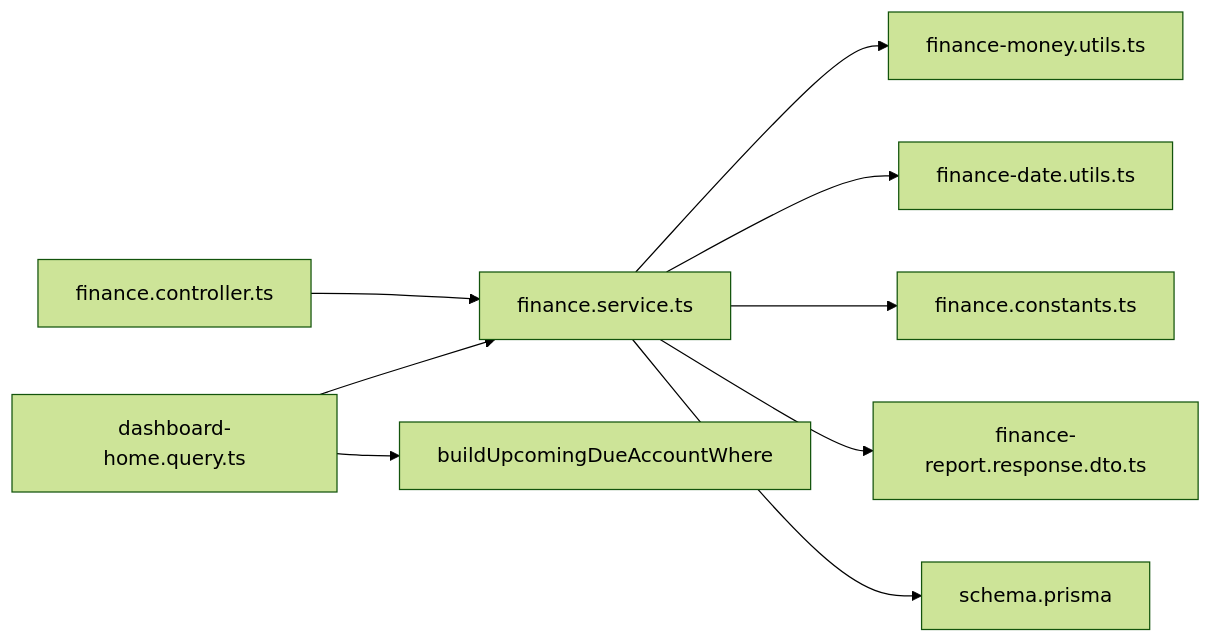
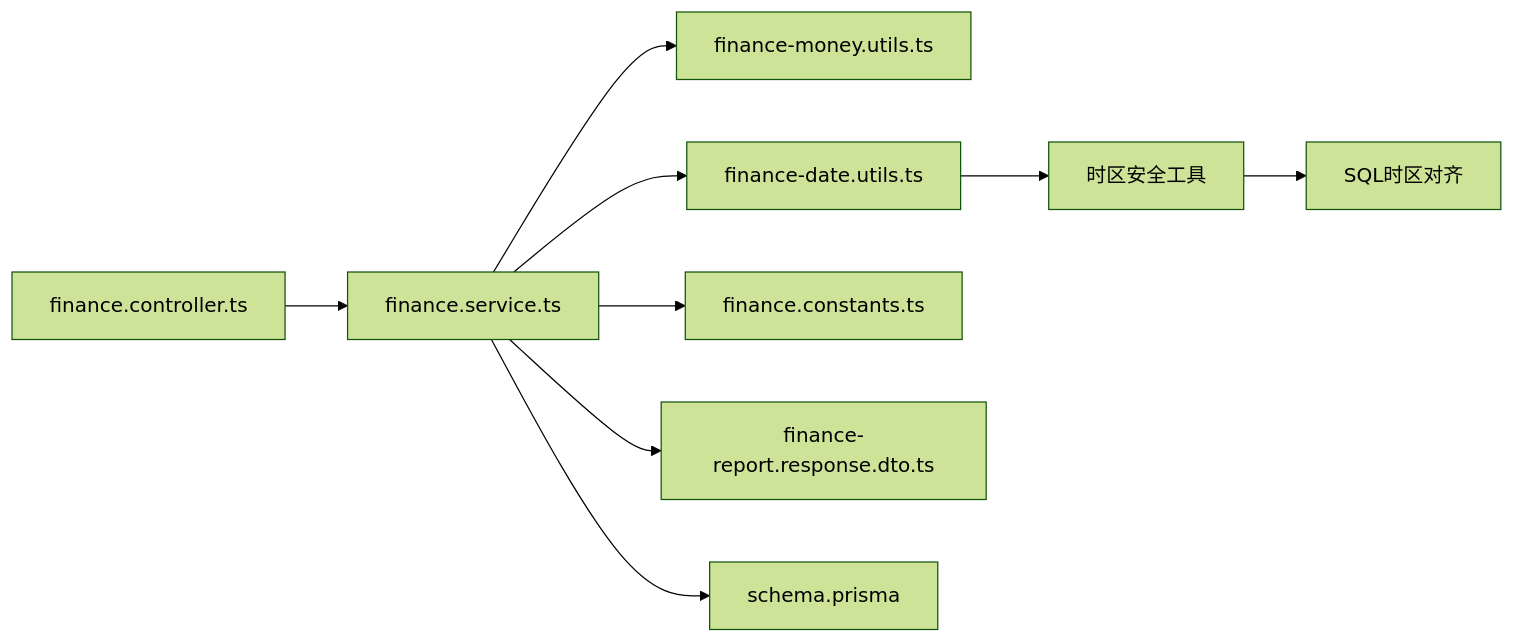
One commit to rc558620/purelyprofit-server changed the eighth of 8 diagrams in .qoder/repowiki/zh/content/业务模块/财务管理模块/财务报表.md. Above: the diagram before and after it, drawn with Mermaid (forest theme). The commit also changed other lines of this file and 25 other files, not shown here.

````diff
--- a/.qoder/repowiki/zh/content/业务模块/财务管理模块/财务报表.md
+++ b/.qoder/repowiki/zh/content/业务模块/财务管理模块/财务报表.md
@@ -427,11 +437,11 @@
 ```mermaid
 graph LR
 Ctrl["finance.controller.ts"] --> Svc["finance.service.ts"]
 Svc --> Money["finance-money.utils.ts"]
 Svc --> DateU["finance-date.utils.ts"]
 Svc --> Const["finance.constants.ts"]
 Svc --> DTO["finance-report.response.dto.ts"]
 Svc --> Prisma["schema.prisma"]
-Dash["dashboard-home.query.ts"] --> Svc
-Dash --> Upcoming["buildUpcomingDueAccountWhere"]
+DateU --> ShanghaiUtils["时区安全工具"]
+ShanghaiUtils --> SQL["SQL时区对齐"]
 ```
````
